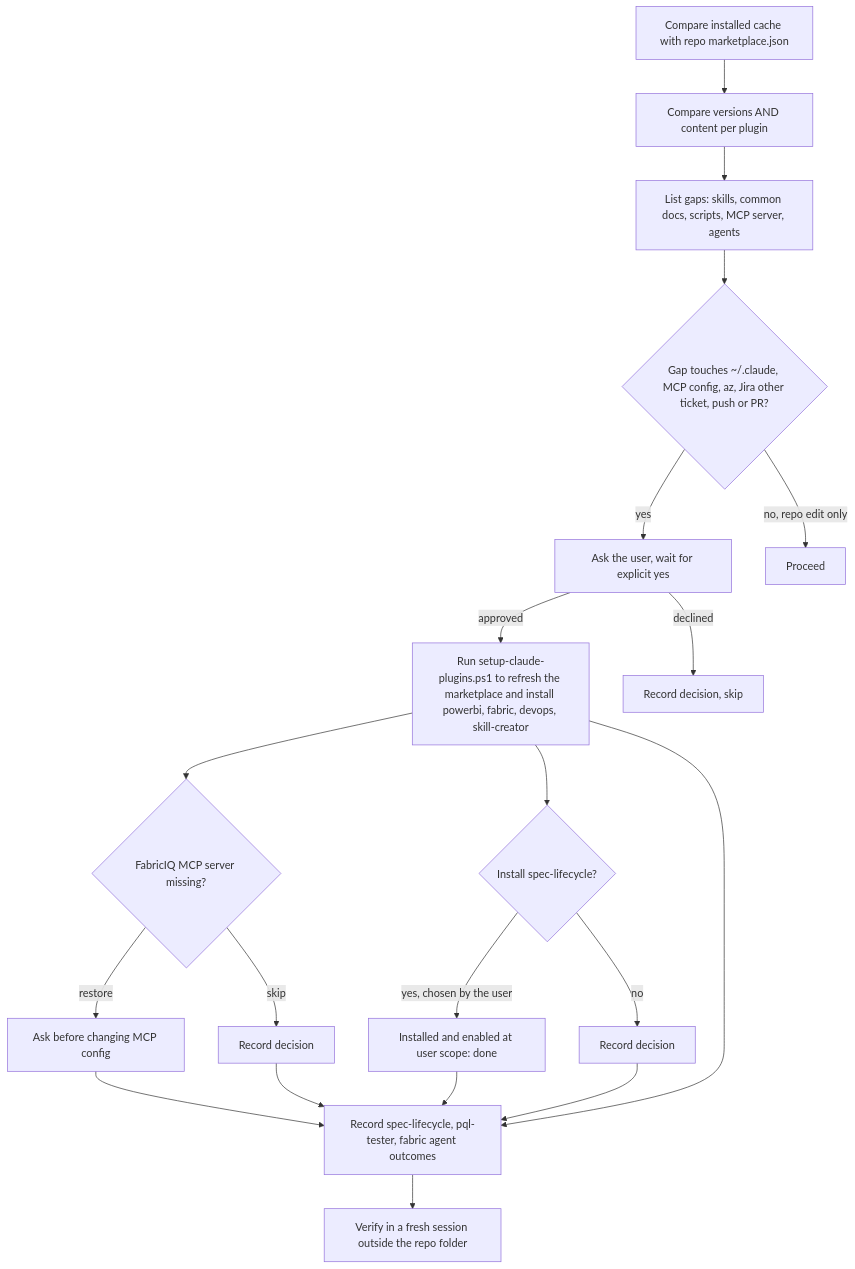
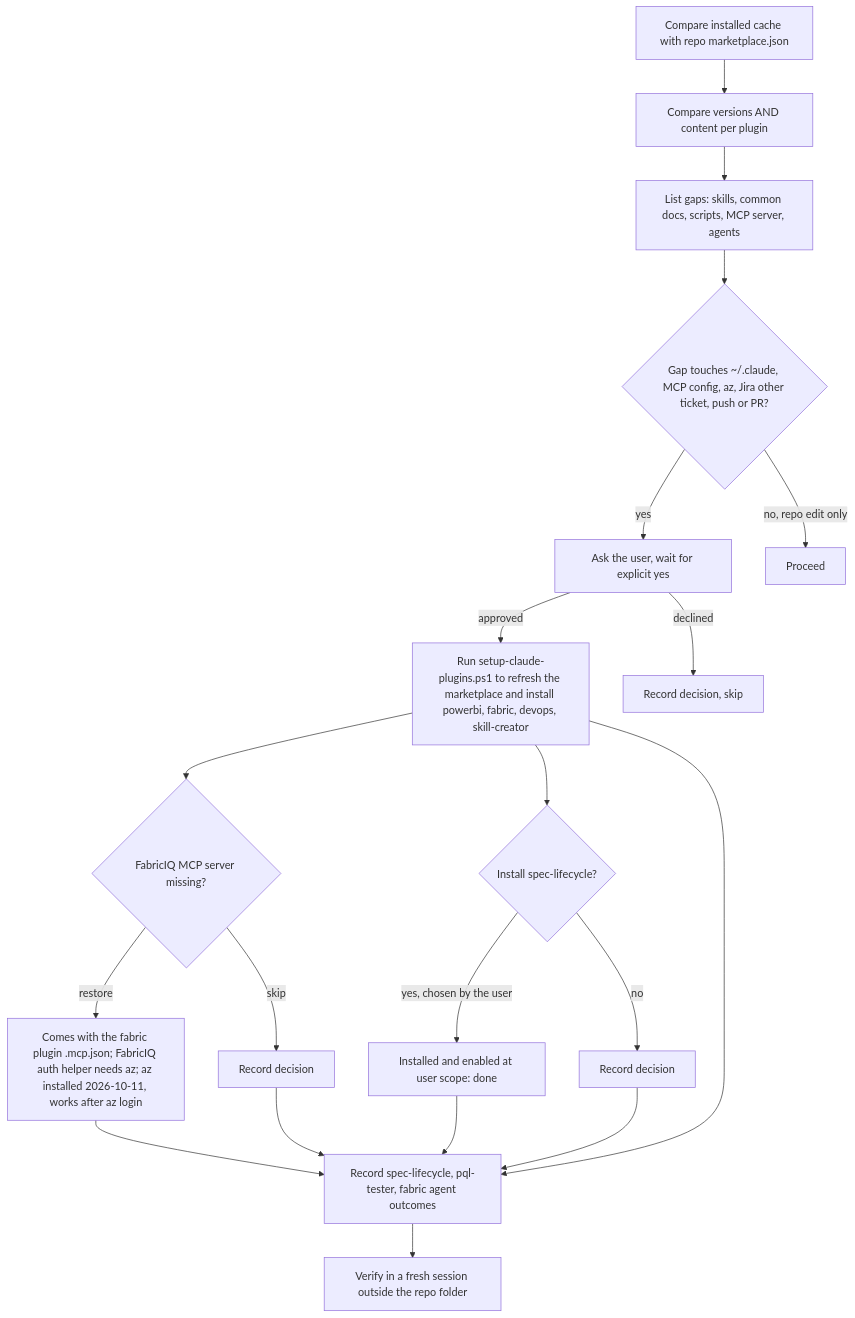
One commit to iourichadour/powerbi-agentic-plugins changed the third of 4 diagrams in openspec/changes/scrum-24-refresh-verify-plugin-install/design.md. Above: the diagram before and after it, drawn with Mermaid. The commit also changed other lines of this file and 1 other file, not shown here.

Commit message:
SCRUM-24: record plugin refresh, az install, and cache cleanup
- Mark the plugin install refresh tasks done: powerbi 0.5.0, fabric 0.2.0,
  devops 0.2.0, skill-creator 1.0.0 and spec-lifecycle 0.1.0 installed,
  with every repo skill and agent file present in the cache
- Record that the fabric plugin brings the fabric-mcp-server and FabricIQ
  MCP servers, and that FabricIQ auth needs az
- Record the Azure CLI install (2.91.0 plus azure-devops extension) and
  that the stale powerbi 0.3.0 and devops 0.1.0 cache folders went to the
  Recycle Bin
- Update the design risks and install diagram to match

````diff
--- a/openspec/changes/scrum-24-refresh-verify-plugin-install/design.md
+++ b/openspec/changes/scrum-24-refresh-verify-plugin-install/design.md
@@ -131,22 +130,22 @@
 ```mermaid
 flowchart TD
     A[Compare installed cache with repo marketplace.json] --> B[Compare versions AND content per plugin]
     B --> C[List gaps: skills, common docs, scripts, MCP server, agents]
     C --> D{Gap touches ~/.claude, MCP config, az, Jira other ticket, push or PR?}
     D -- yes --> E[Ask the user, wait for explicit yes]
     D -- no, repo edit only --> F[Proceed]
     E -- approved --> G[Run setup-claude-plugins.ps1 to refresh the marketplace and install powerbi, fabric, devops, skill-creator]
     E -- declined --> H[Record decision, skip]
     G --> M{FabricIQ MCP server missing?}
-    M -- restore --> N[Ask before changing MCP config]
+    M -- restore --> N[Comes with the fabric plugin .mcp.json; FabricIQ auth helper needs az; az installed 2026-10-11, works after az login]
     M -- skip --> O[Record decision]
     N --> I
     O --> I
     G --> S{Install spec-lifecycle?}
     S -- yes, chosen by the user --> S1[Installed and enabled at user scope: done]
     S -- no --> S2[Record decision]
     S1 --> I
     S2 --> I
     G --> I[Record spec-lifecycle, pql-tester, fabric agent outcomes]
     I --> J[Verify in a fresh session outside the repo folder]
 ```
````
